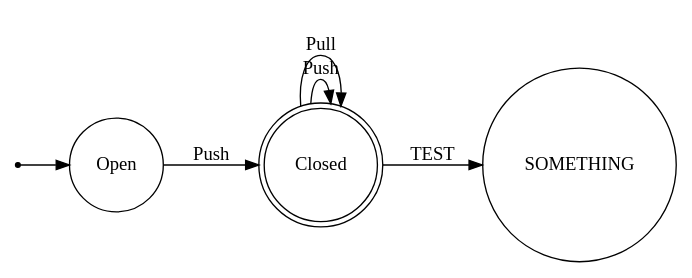
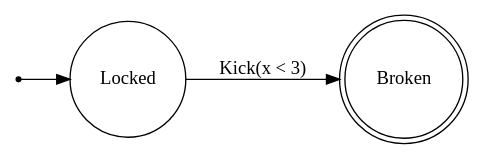
Before and after one commit to P4-Group2-Compiler/P4-State-Lang: the diagram in output/DOT/graph.gv, drawn with Graphviz. The commit also changed 1 other file, not shown here.

```diff
--- a/output/DOT/graph.gv
+++ b/output/DOT/graph.gv
@@ -1,11 +1,8 @@
-digraph A {
+digraph Door {
  rankdir = LR;
  node [shape = circle;];
  null [shape = point;];
-null -> Open;
-Open -> Closed [label="Push"];
-Closed -> Closed [label="Push"];
-Closed -> Closed [label="Pull"];
-Closed -> SOMETHING [label="TEST"];
-Closed [shape = doublecircle;];
+null -> Locked;
+Locked -> Broken [label="Kick(x < 3)"];
+Broken [shape = doublecircle;];
 }
```
